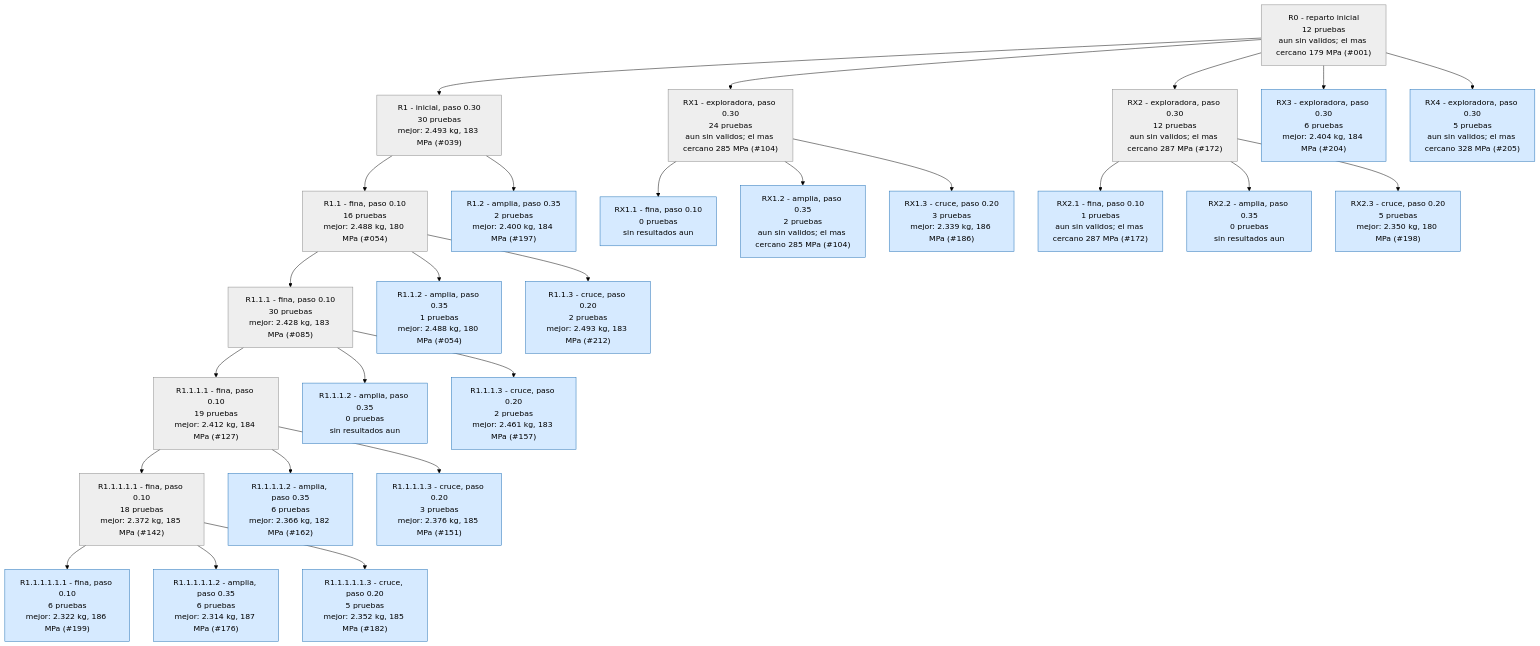
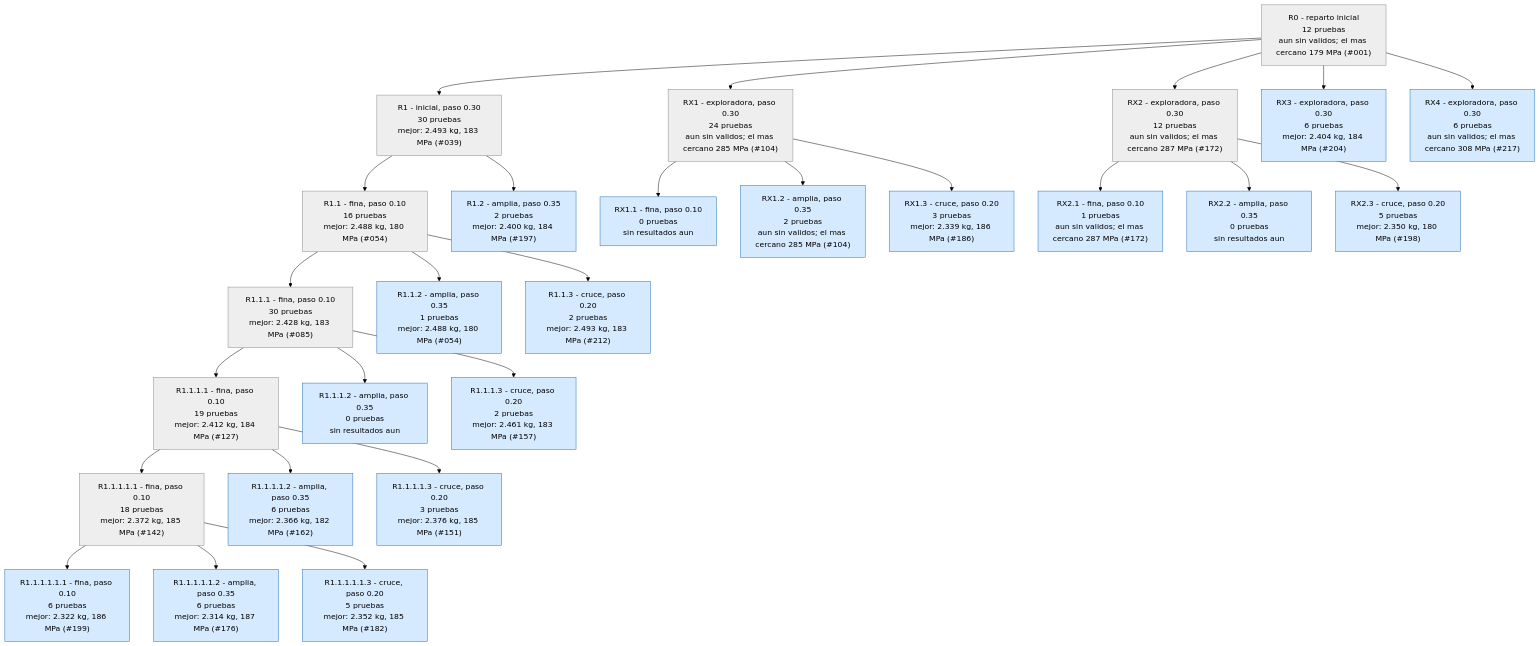
Before and after one commit to Hugiko/msd-soporte-optimizacion: the second of 4 diagrams in runs/opt_37800N/ARBOL.md, drawn with Mermaid (forest theme). The commit also changed 21 other files, not shown here.

````diff
--- a/runs/opt_37800N/ARBOL.md
+++ b/runs/opt_37800N/ARBOL.md
@@ -53,57 +53,57 @@
 ```mermaid
 graph TD
 classDef activa fill:#d6eaff,stroke:#1f6fb5,color:#000
 classDef fin fill:#eeeeee,stroke:#888,color:#000
 classDef mejor fill:#c8f0c0,stroke:#1a9850,stroke-width:4px,color:#000
 R0["R0 - reparto inicial<br/>12 pruebas<br/>aun sin validos; el mas cercano 179 MPa (#001)"]:::fin
 R1["R1 - inicial, paso 0.30<br/>30 pruebas<br/>mejor: 2.493 kg, 183 MPa (#039)"]:::fin
 R0 --> R1
 R1_1["R1.1 - fina, paso 0.10<br/>16 pruebas<br/>mejor: 2.488 kg, 180 MPa (#054)"]:::fin
 R1 --> R1_1
 R1_2["R1.2 - amplia, paso 0.35<br/>2 pruebas<br/>mejor: 2.400 kg, 184 MPa (#197)"]:::activa
 R1 --> R1_2
 R1_1_1["R1.1.1 - fina, paso 0.10<br/>30 pruebas<br/>mejor: 2.428 kg, 183 MPa (#085)"]:::fin
 R1_1 --> R1_1_1
 R1_1_2["R1.1.2 - amplia, paso 0.35<br/>1 pruebas<br/>mejor: 2.488 kg, 180 MPa (#054)"]:::activa
 R1_1 --> R1_1_2
 R1_1_3["R1.1.3 - cruce, paso 0.20<br/>2 pruebas<br/>mejor: 2.493 kg, 183 MPa (#212)"]:::activa
 R1_1 --> R1_1_3
 R1_1_1_1["R1.1.1.1 - fina, paso 0.10<br/>19 pruebas<br/>mejor: 2.412 kg, 184 MPa (#127)"]:::fin
 R1_1_1 --> R1_1_1_1
 R1_1_1_2["R1.1.1.2 - amplia, paso 0.35<br/>0 pruebas<br/>sin resultados aun"]:::activa
 R1_1_1 --> R1_1_1_2
 R1_1_1_3["R1.1.1.3 - cruce, paso 0.20<br/>2 pruebas<br/>mejor: 2.461 kg, 183 MPa (#157)"]:::activa
 R1_1_1 --> R1_1_1_3
 RX1["RX1 - exploradora, paso 0.30<br/>24 pruebas<br/>aun sin validos; el mas cercano 285 MPa (#104)"]:::fin
 R0 --> RX1
 RX1_1["RX1.1 - fina, paso 0.10<br/>0 pruebas<br/>sin resultados aun"]:::activa
 RX1 --> RX1_1
 RX1_2["RX1.2 - amplia, paso 0.35<br/>2 pruebas<br/>aun sin validos; el mas cercano 285 MPa (#104)"]:::activa
 RX1 --> RX1_2
 RX1_3["RX1.3 - cruce, paso 0.20<br/>3 pruebas<br/>mejor: 2.339 kg, 186 MPa (#186)"]:::activa
 RX1 --> RX1_3
 R1_1_1_1_1["R1.1.1.1.1 - fina, paso 0.10<br/>18 pruebas<br/>mejor: 2.372 kg, 185 MPa (#142)"]:::fin
 R1_1_1_1 --> R1_1_1_1_1
 R1_1_1_1_2["R1.1.1.1.2 - amplia, paso 0.35<br/>6 pruebas<br/>mejor: 2.366 kg, 182 MPa (#162)"]:::activa
 R1_1_1_1 --> R1_1_1_1_2
 R1_1_1_1_3["R1.1.1.1.3 - cruce, paso 0.20<br/>3 pruebas<br/>mejor: 2.376 kg, 185 MPa (#151)"]:::activa
 R1_1_1_1 --> R1_1_1_1_3
 R1_1_1_1_1_1["R1.1.1.1.1.1 - fina, paso 0.10<br/>6 pruebas<br/>mejor: 2.322 kg, 186 MPa (#199)"]:::activa
 R1_1_1_1_1 --> R1_1_1_1_1_1
 R1_1_1_1_1_2["R1.1.1.1.1.2 - amplia, paso 0.35<br/>6 pruebas<br/>mejor: 2.314 kg, 187 MPa (#176)"]:::activa
 R1_1_1_1_1 --> R1_1_1_1_1_2
 R1_1_1_1_1_3["R1.1.1.1.1.3 - cruce, paso 0.20<br/>5 pruebas<br/>mejor: 2.352 kg, 185 MPa (#182)"]:::activa
 R1_1_1_1_1 --> R1_1_1_1_1_3
 RX2["RX2 - exploradora, paso 0.30<br/>12 pruebas<br/>aun sin validos; el mas cercano 287 MPa (#172)"]:::fin
 R0 --> RX2
 RX2_1["RX2.1 - fina, paso 0.10<br/>1 pruebas<br/>aun sin validos; el mas cercano 287 MPa (#172)"]:::activa
 RX2 --> RX2_1
 RX2_2["RX2.2 - amplia, paso 0.35<br/>0 pruebas<br/>sin resultados aun"]:::activa
 RX2 --> RX2_2
 RX2_3["RX2.3 - cruce, paso 0.20<br/>5 pruebas<br/>mejor: 2.350 kg, 180 MPa (#198)"]:::activa
 RX2 --> RX2_3
 RX3["RX3 - exploradora, paso 0.30<br/>6 pruebas<br/>mejor: 2.404 kg, 184 MPa (#204)"]:::activa
 R0 --> RX3
-RX4["RX4 - exploradora, paso 0.30<br/>5 pruebas<br/>aun sin validos; el mas cercano 328 MPa (#205)"]:::activa
+RX4["RX4 - exploradora, paso 0.30<br/>6 pruebas<br/>aun sin validos; el mas cercano 308 MPa (#217)"]:::activa
 R0 --> RX4
 ```
````
